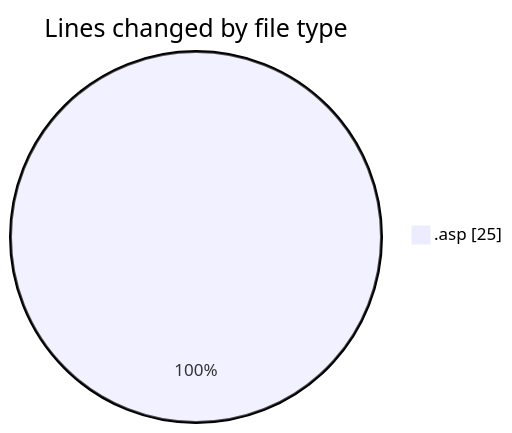
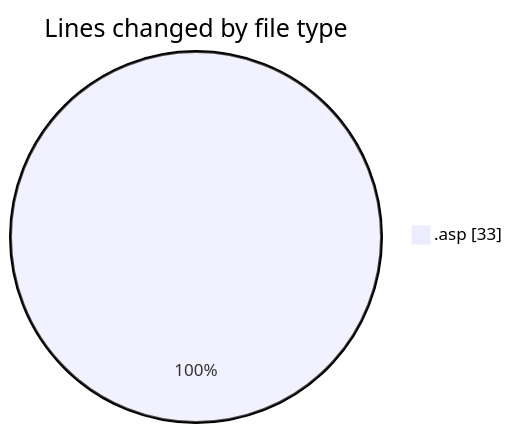
Before and after one commit to julien-gomy/code-tracking: the first of 2 diagrams in 2025-11-02/cdp_aleoudev_fr__workspace_/README.md, drawn with Mermaid. The commit also changed other lines of this file and 1 other file, not shown here.

````diff
--- a/2025-11-02/cdp_aleoudev_fr__workspace_/README.md
+++ b/2025-11-02/cdp_aleoudev_fr__workspace_/README.md
@@ -22,5 +22,5 @@
 ```mermaid
 pie showData
 title Lines changed by file type
-".asp" : 25
+".asp" : 33
 ```
````
